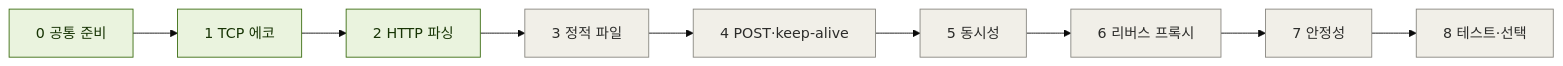
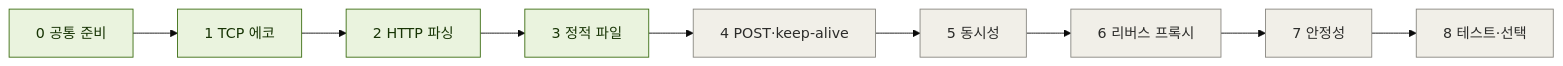
One commit to hnjee/mini-webserver changed the diagram in docs/progress.md. Above: the diagram before and after it, drawn with Mermaid (base theme). The commit also changed other lines of this file and 24 other files, not shown here.

````diff
--- a/docs/progress.md
+++ b/docs/progress.md
@@ -7,12 +7,12 @@
 ```mermaid
 flowchart LR
     S0["0 공통 준비"] --> S1["1 TCP 에코"] --> S2["2 HTTP 파싱"] --> S3["3 정적 파일"] --> S4["4 POST·keep-alive"]
     S4 --> S5["5 동시성"] --> S6["6 리버스 프록시"] --> S7["7 안정성"] --> S8["8 테스트·선택"]
 
     classDef todo fill:#F1EFE8,stroke:#888780,color:#2C2C2A
     classDef doing fill:#E6F1FB,stroke:#185FA5,color:#042C53
     classDef done fill:#EAF3DE,stroke:#3B6D11,color:#173404
     classDef blocked fill:#FCEBEB,stroke:#A32D2D,color:#501313
-    class S0,S1,S2 done
-    class S3,S4,S5,S6,S7,S8 todo
+    class S0,S1,S2,S3 done
+    class S4,S5,S6,S7,S8 todo
 ```
````
